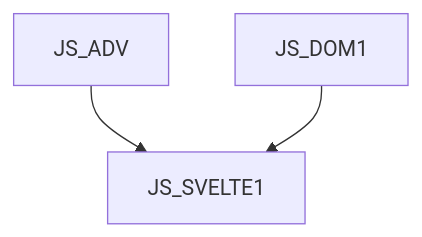
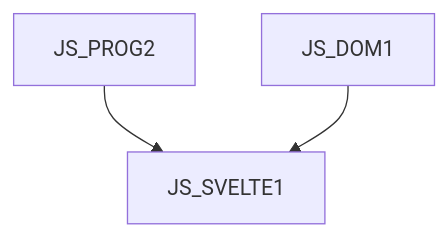
Before and after one commit to mbradic/gopas-osnovy: the diagram in JS_SVELTE1 CZ.md, drawn with Mermaid. The commit also changed other lines of this file and 31 other files, not shown here.

Commit message:
Update: JS_INTRO a JS_ADV -> JS_PROG1 a JS_PROG2

````diff
--- a/JS_SVELTE1 CZ.md
+++ b/JS_SVELTE1 CZ.md
@@ -11,5 +11,5 @@
 ```mermaid
 graph TD
-    JS_ADV --> JS_SVELTE1
+    JS_PROG2 --> JS_SVELTE1
     JS_DOM1 --> JS_SVELTE1
 ```
````
